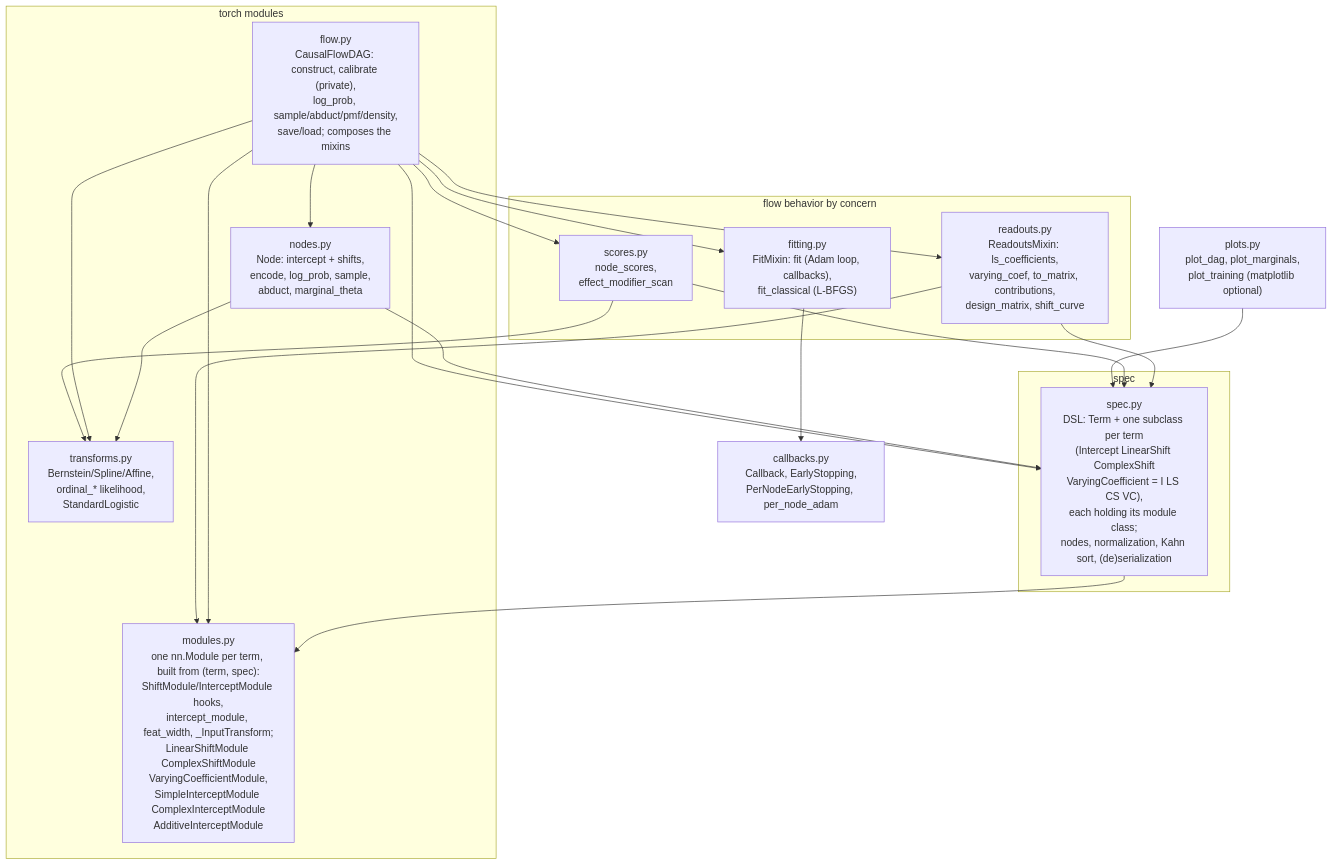
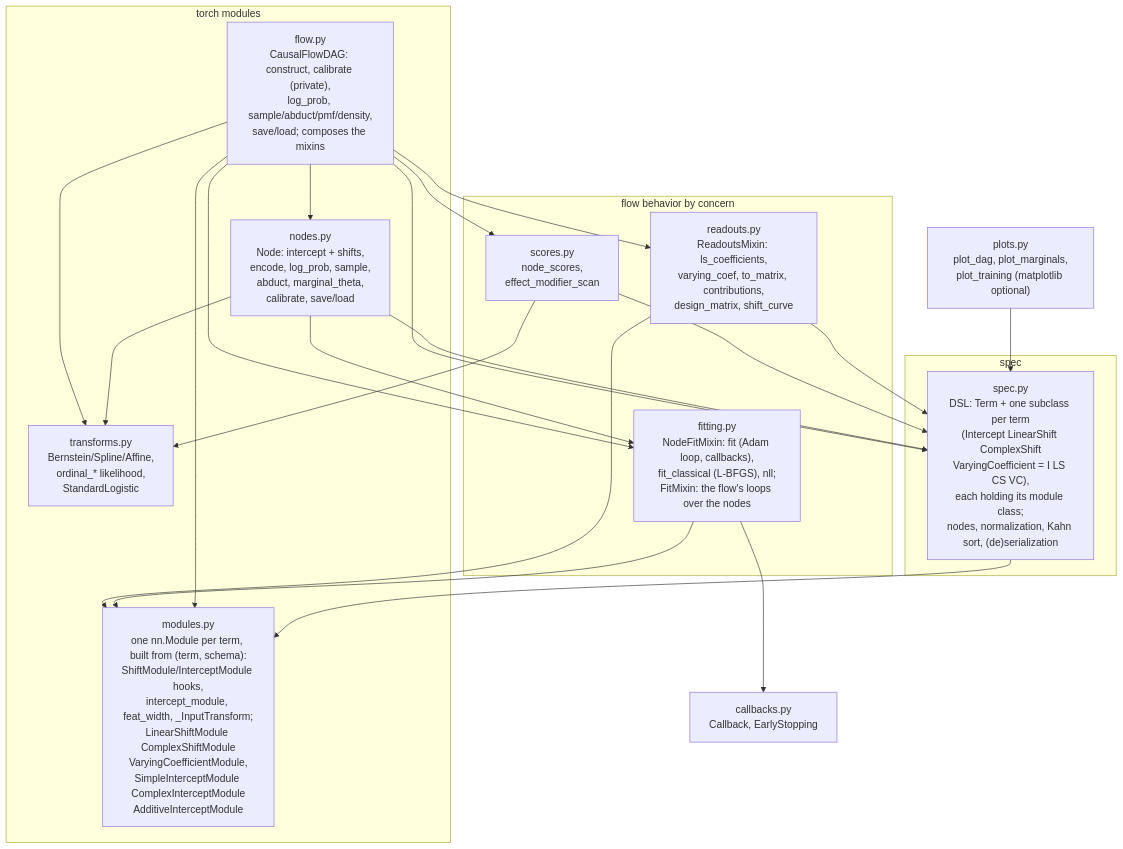
One commit to tensorchiefs/tramdag changed the first of 6 diagrams in docs/architecture.md. Above: the diagram before and after it, drawn with Mermaid. The commit also changed other lines of this file and 3 other files, not shown here.

First line of the commit message:
docs: every node fits itself, and one node fits alone

````diff
--- a/docs/architecture.md
+++ b/docs/architecture.md
@@ -9,36 +9,38 @@
 ```mermaid
 graph TD
     subgraph data["spec"]
         spec["spec.py<br/>DSL: Term + one subclass per term<br/>(Intercept LinearShift ComplexShift<br/>VaryingCoefficient = I LS CS VC),<br/>each holding its module class;<br/>nodes, normalization, Kahn sort, (de)serialization"]
     end
     subgraph torch["torch modules"]
-        modules["modules.py<br/>one nn.Module per term, built from (term, spec):<br/>ShiftModule/InterceptModule hooks,<br/>intercept_module, feat_width, _InputTransform;<br/>LinearShiftModule ComplexShiftModule<br/>VaryingCoefficientModule,<br/>SimpleInterceptModule ComplexInterceptModule<br/>AdditiveInterceptModule"]
+        modules["modules.py<br/>one nn.Module per term, built from (term, schema):<br/>ShiftModule/InterceptModule hooks,<br/>intercept_module, feat_width, _InputTransform;<br/>LinearShiftModule ComplexShiftModule<br/>VaryingCoefficientModule,<br/>SimpleInterceptModule ComplexInterceptModule<br/>AdditiveInterceptModule"]
         transforms["transforms.py<br/>Bernstein/Spline/Affine,<br/>ordinal_* likelihood,<br/>StandardLogistic"]
-        nodes["nodes.py<br/>Node: intercept + shifts,<br/>encode, log_prob, sample,<br/>abduct, marginal_theta"]
+        nodes["nodes.py<br/>Node: intercept + shifts,<br/>encode, log_prob, sample,<br/>abduct, marginal_theta,<br/>calibrate, save/load"]
         flow["flow.py<br/>CausalFlowDAG: construct, calibrate (private),<br/>log_prob, sample/abduct/pmf/density,<br/>save/load; composes the mixins"]
     end
     subgraph functions["flow behavior by concern"]
-        fitting["fitting.py<br/>FitMixin: fit (Adam loop, callbacks),<br/>fit_classical (L-BFGS)"]
+        fitting["fitting.py<br/>NodeFitMixin: fit (Adam loop, callbacks),<br/>fit_classical (L-BFGS), nll;<br/>FitMixin: the flow's loops over the nodes"]
         readouts["readouts.py<br/>ReadoutsMixin: ls_coefficients,<br/>varying_coef, to_matrix, contributions,<br/>design_matrix, shift_curve"]
         scores["scores.py<br/>node_scores,<br/>effect_modifier_scan"]
     end
-    callbacks["callbacks.py<br/>Callback, EarlyStopping,<br/>PerNodeEarlyStopping, per_node_adam"]
+    callbacks["callbacks.py<br/>Callback, EarlyStopping"]
     plots["plots.py<br/>plot_dag, plot_marginals,<br/>plot_training (matplotlib optional)"]
 
     spec --> modules
     nodes --> spec
     nodes --> transforms
+    nodes --> fitting
     flow --> nodes
     flow --> modules
     flow --> spec
     flow --> transforms
     flow --> fitting
     flow --> readouts
     flow --> scores
     fitting --> callbacks
+    fitting --> modules
     readouts --> modules
     readouts --> spec
     scores --> spec
     scores --> transforms
     plots --> spec
 ```
````
